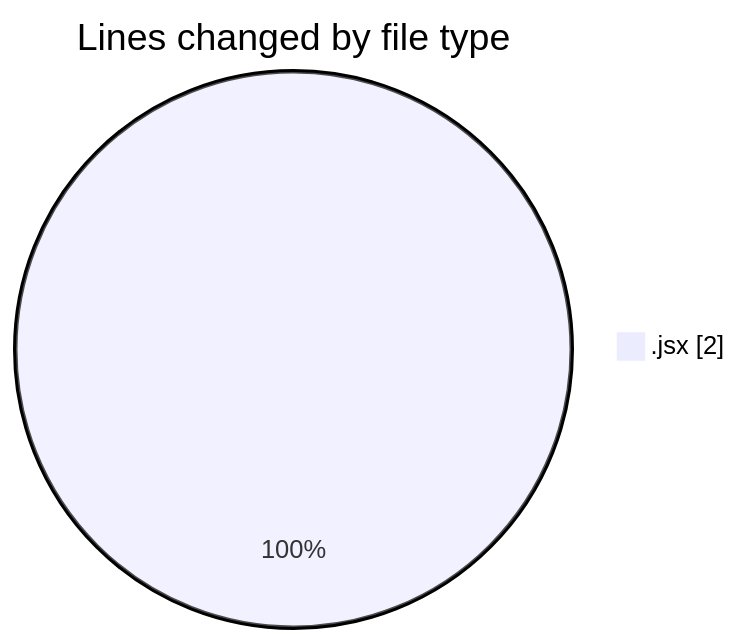
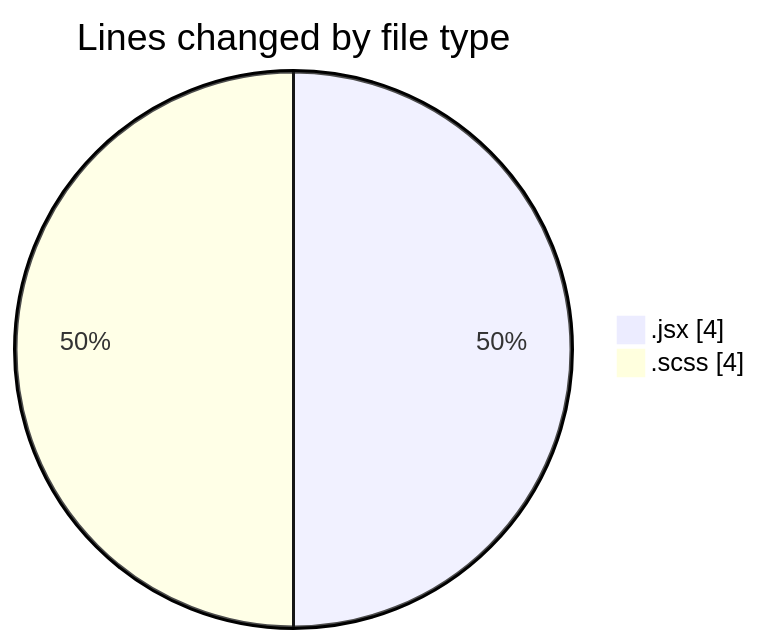
The first of 2 diagrams in 2025-06-04/cda/README.md (momahboobian/code-tracking), drawn with Mermaid before and after one commit. The commit also changed other lines of this file and 1 other file, not shown here.

````diff
--- a/2025-06-04/cda/README.md
+++ b/2025-06-04/cda/README.md
@@ -20,5 +21,6 @@
 ```mermaid
 pie showData
 title Lines changed by file type
-".jsx" : 2
+".jsx" : 4
+".scss" : 4
 ```
````
